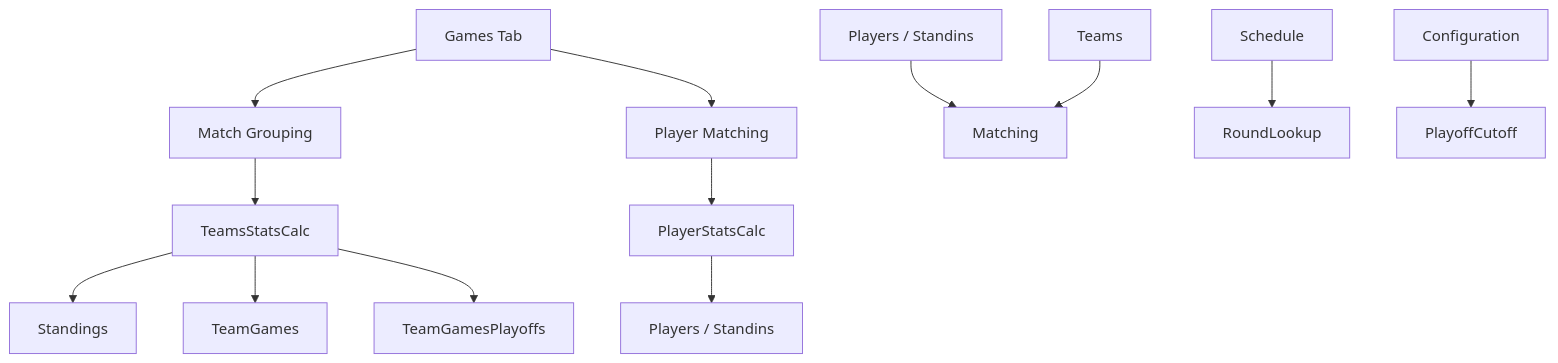
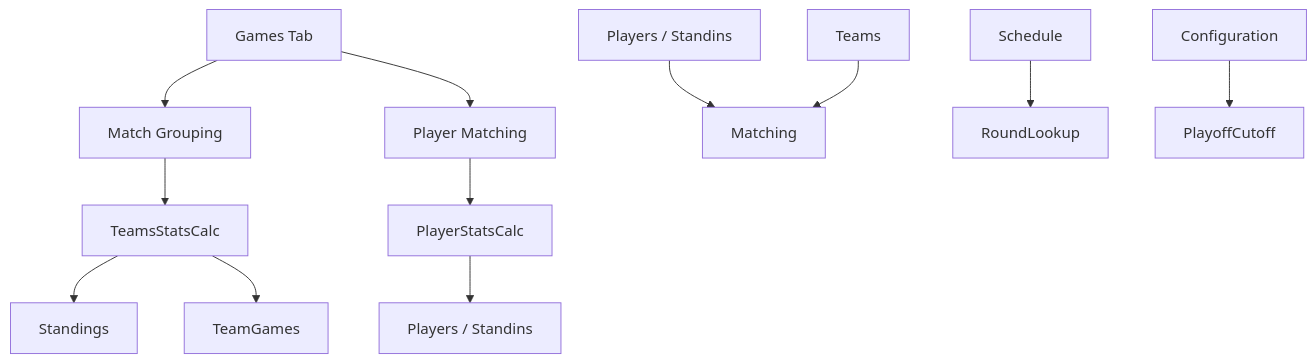
The second of 3 diagrams in README.md (kindzal/qw-tourney-management), drawn with Mermaid before and after one commit. The commit also changed other lines of this file, not shown here.

````diff
--- a/README.md
+++ b/README.md
@@ -165,22 +161,21 @@
 ```mermaid
 flowchart TD
   Games[Games Tab]
   Players[Players / Standins]
   Teams[Teams]
   Schedule[Schedule]
   Config[Configuration]
 
   Games --> Match[Match Grouping]
   Games --> Ranking[Player Matching]
   Players --> Matching
   Teams --> Matching
   Schedule --> RoundLookup
   Config --> PlayoffCutoff
 
   Match --> TeamsStatsCalc
   Ranking --> PlayerStatsCalc
   TeamsStatsCalc --> Standings
-  TeamsStatsCalc --> TeamGames
-  TeamsStatsCalc --> TeamGamesPlayoffs
+  TeamsStatsCalc --> TeamGames[TeamGames]
   PlayerStatsCalc --> Rank[Players / Standins]
 ```
````
